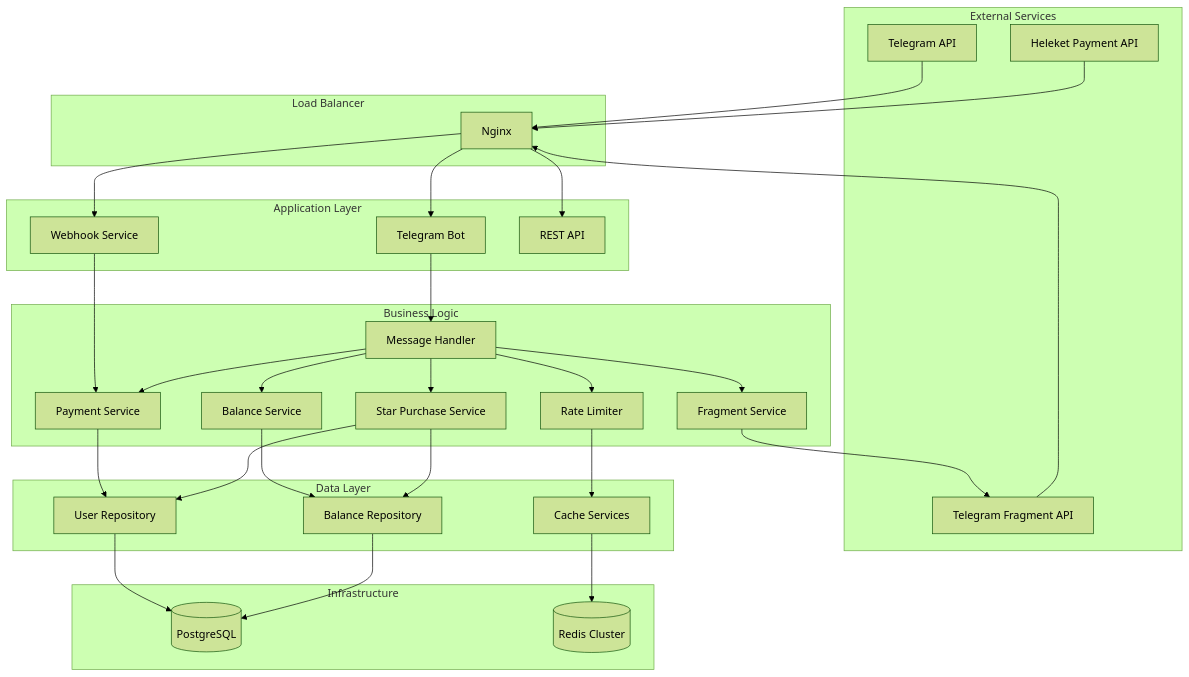
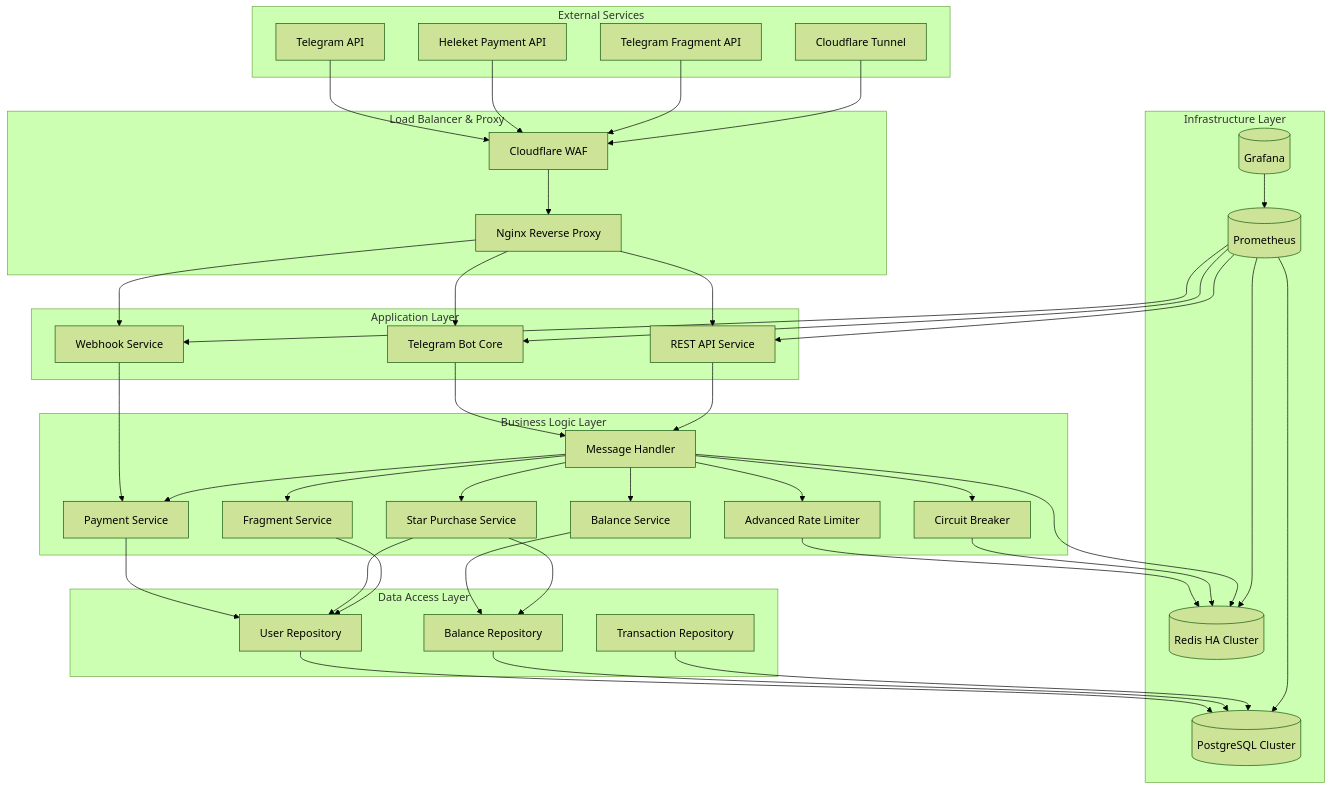
One commit to neKamita/Mirza-Telegram-Shop-Bot changed the first of 11 diagrams in README.md. Above: the diagram before and after it, drawn with Mermaid (forest theme). The commit also changed other lines of this file and 7 other files, not shown here.

````diff
--- a/README.md
+++ b/README.md
@@ -38,62 +40,83 @@
         TG[Telegram API]
         HELEKET[Heleket Payment API]
         FRAGMENT[Telegram Fragment API]
+        CLOUDFLARE[Cloudflare Tunnel]
     end
 
-    subgraph "Load Balancer"
-        NGINX[Nginx]
+    subgraph "Load Balancer & Proxy"
+        NGINX[Nginx Reverse Proxy]
+        CF_WAF[Cloudflare WAF]
     end
 
     subgraph "Application Layer"
-        BOT[Telegram Bot]
+        BOT[Telegram Bot Core]
         WEBHOOK[Webhook Service]
-        API[REST API]
+        API[REST API Service]
     end
 
-    subgraph "Business Logic"
+    subgraph "Business Logic Layer"
         MH[Message Handler]
         PS[Payment Service]
         BS[Balance Service]
         SPS[Star Purchase Service]
         FS[Fragment Service]
-        RL[Rate Limiter]
+        RL[Advanced Rate Limiter]
+        CB[Circuit Breaker]
     end
 
-    subgraph "Data Layer"
+    subgraph "Data Access Layer"
         UR[User Repository]
         BR[Balance Repository]
-        CACHE[Cache Services]
+        TR[Transaction Repository]
     end
 
-    subgraph "Infrastructure"
-        PG[(PostgreSQL)]
-        REDIS[(Redis Cluster)]
+    subgraph "Infrastructure Layer"
+        PG[(PostgreSQL Cluster)]
+        REDIS[(Redis HA Cluster)]
+        PROMETHEUS[(Prometheus)]
+        GRAFANA[(Grafana)]
     end
 
-    TG --> NGINX
-    HELEKET --> NGINX
-    FRAGMENT --> NGINX
+    TG --> CF_WAF
+    HELEKET --> CF_WAF
+    FRAGMENT --> CF_WAF
+    CLOUDFLARE --> CF_WAF
+    CF_WAF --> NGINX
+
     NGINX --> BOT
     NGINX --> WEBHOOK
     NGINX --> API
 
     BOT --> MH
     WEBHOOK --> PS
+    API --> MH
+
     MH --> PS
     MH --> BS
     MH --> SPS
     MH --> FS
     MH --> RL
+    MH --> CB
 
     PS --> UR
     BS --> BR
     SPS --> UR
     SPS --> BR
-    FS --> FRAGMENT
-    RL --> CACHE
+    FS --> UR
 
     UR --> PG
     BR --> PG
-    CACHE --> REDIS
+    TR --> PG
 
+    RL --> REDIS
+    CB --> REDIS
+    MH --> REDIS
+
+    PROMETHEUS --> BOT
+    PROMETHEUS --> WEBHOOK
+    PROMETHEUS --> API
+    PROMETHEUS --> PG
+    PROMETHEUS --> REDIS
+
+    GRAFANA --> PROMETHEUS
 ```
````
